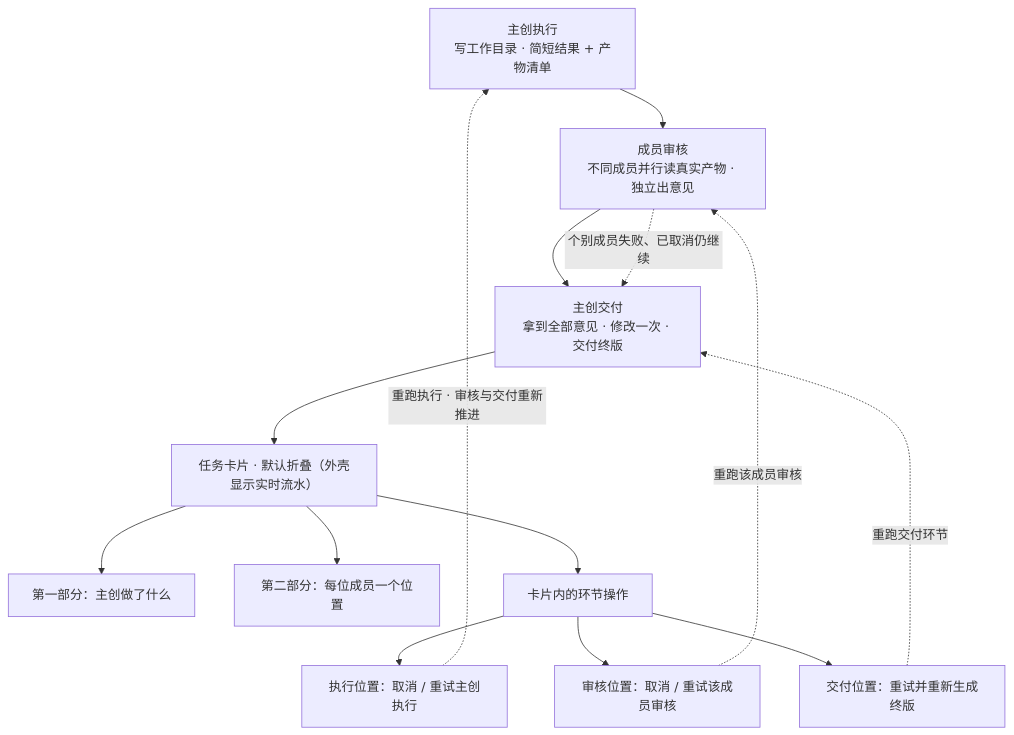
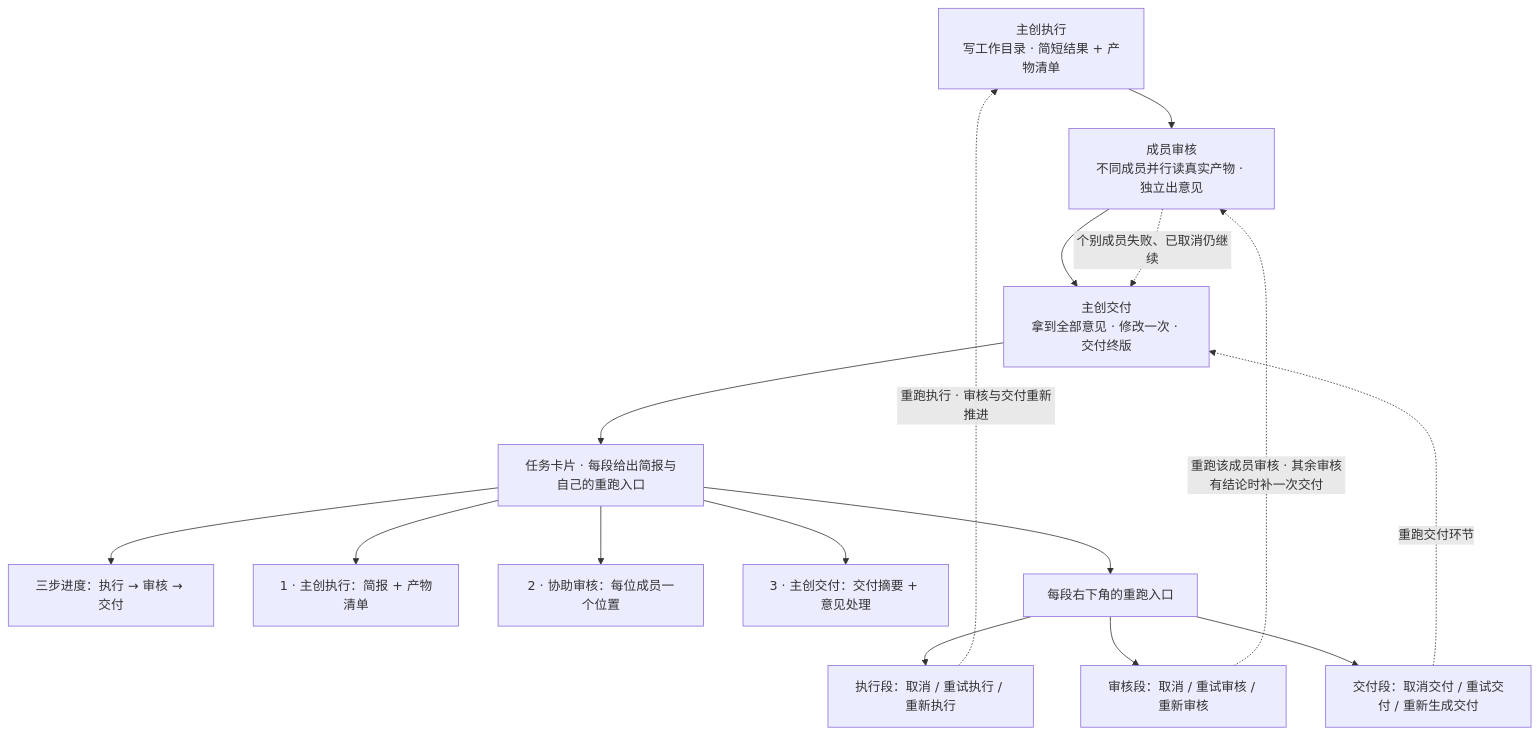
One commit to BinaryAlan/ai-atelier changed the second of 2 diagrams in docs/task-review-protocol.md. Above: the diagram before and after it, drawn with Mermaid. The commit also changed other lines of this file and 21 other files, not shown here.

First line of the commit message:
feat: 任务卡片与交互收尾、文件预览、README/演示动图重制

````diff
--- a/docs/task-review-protocol.md
+++ b/docs/task-review-protocol.md
@@ -255,16 +291,18 @@
 ```mermaid
 flowchart TD
     A["主创执行<br/>写工作目录 · 简短结果 + 产物清单"] --> B["成员审核<br/>不同成员并行读真实产物 · 独立出意见"]
     B --> C["主创交付<br/>拿到全部意见 · 修改一次 · 交付终版"]
-    C --> D["任务卡片 · 默认折叠（外壳显示实时流水）"]
-    D --> E["第一部分：主创做了什么"]
-    D --> F["第二部分：每位成员一个位置"]
-    D --> G["卡片内的环节操作"]
-    G --> G0["执行位置：取消 / 重试主创执行"]
-    G --> G1["审核位置：取消 / 重试该成员审核"]
-    G --> G2["交付位置：重试并重新生成终版"]
+    C --> D["任务卡片 · 每段给出简报与自己的重跑入口"]
+    D --> E["三步进度：执行 → 审核 → 交付"]
+    D --> H["1 · 主创执行：简报 + 产物清单"]
+    D --> I["2 · 协助审核：每位成员一个位置"]
+    D --> J["3 · 主创交付：交付摘要 + 意见处理"]
+    D --> G["每段右下角的重跑入口"]
+    G --> G0["执行段：取消 / 重试执行 / 重新执行"]
+    G --> G1["审核段：取消 / 重试审核 / 重新审核"]
+    G --> G2["交付段：取消交付 / 重试交付 / 重新生成交付"]
     G0 -.->|"重跑执行 · 审核与交付重新推进"| A
-    G1 -.->|"重跑该成员审核"| B
+    G1 -.->|"重跑该成员审核 · 其余审核有结论时补一次交付"| B
     G2 -.->|"重跑交付环节"| C
     B -.->|"个别成员失败、已取消仍继续"| C
 ```
````
